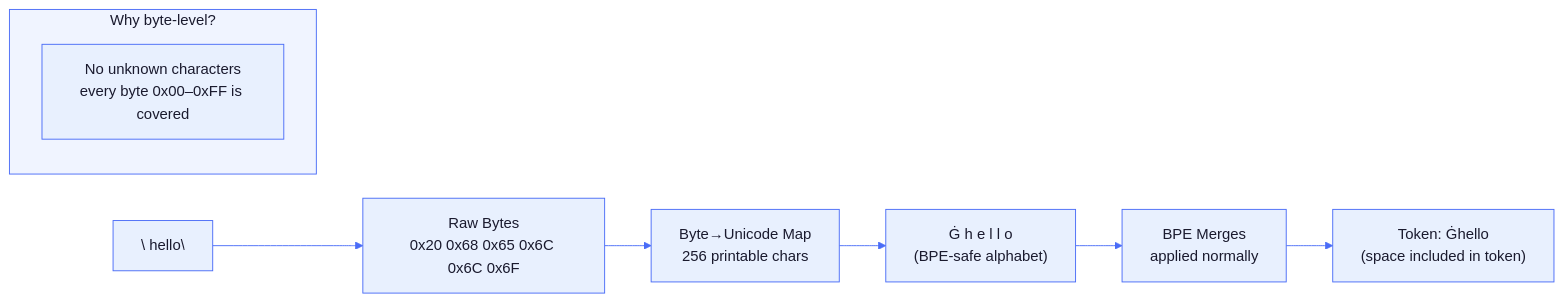
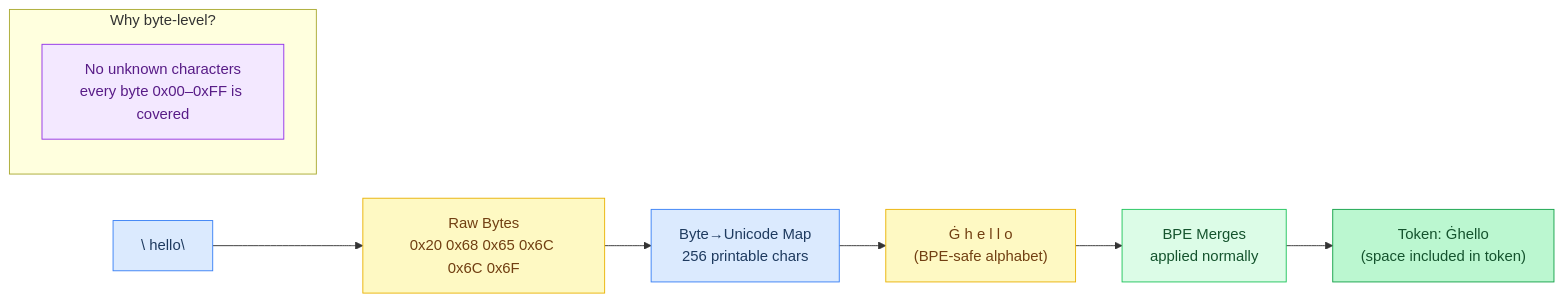
One commit to maci0/agave changed the fourth of 7 diagrams in docs/tutorial/01-tokens-and-text.md. Above: the diagram before and after it, drawn with Mermaid. The commit also changed other lines of this file and 24 other files, not shown here.

First line of the commit message:
docs: convert all mermaid diagrams to classDef semantic colors

````diff
--- a/docs/tutorial/01-tokens-and-text.md
+++ b/docs/tutorial/01-tokens-and-text.md
@@ -175,26 +165,27 @@
 ```mermaid
-%%{init: {'theme': 'base', 'themeVariables': {
-  'primaryColor': '#e8f0fe',
-  'primaryTextColor': '#1a1a2e',
-  'primaryBorderColor': '#4a6cf7',
-  'lineColor': '#4a6cf7',
-  'secondaryColor': '#f0f4ff',
-  'tertiaryColor': '#f8f9ff',
-  'edgeLabelBackground': '#ffffff',
-  'clusterBkg': '#f0f4ff',
-  'clusterBorder': '#4a6cf7',
-  'titleColor': '#1a1a2e',
-  'nodeTextColor': '#1a1a2e',
-  'fontFamily': 'ui-monospace, SFMono-Regular, monospace'
-}}}%%
 flowchart LR
-    Text["\" hello\""] --> Bytes["Raw Bytes\n0x20 0x68 0x65 0x6C 0x6C 0x6F"]
-    Bytes --> Map["Byte→Unicode Map\n256 printable chars"]
-    Map --> Visible["Ġ h e l l o\n(BPE-safe alphabet)"]
-    Visible --> Merge["BPE Merges\napplied normally"]
-    Merge --> Token["Token: Ġhello\n(space included in token)"]
+    classDef setup     fill:#dbeafe,stroke:#3b82f6,color:#1e3a5f
+    classDef sync      fill:#dcfce7,stroke:#22c55e,color:#14532d
+    classDef migration fill:#fef9c3,stroke:#eab308,color:#713f12
+    classDef success   fill:#bbf7d0,stroke:#16a34a,color:#14532d
+    classDef danger    fill:#fee2e2,stroke:#ef4444,color:#7f1d1d
+    classDef optional  fill:#f3e8ff,stroke:#9333ea,color:#581c87
+
+    Text["\" hello\""]:::setup
+    Bytes["Raw Bytes\n0x20 0x68 0x65 0x6C 0x6C 0x6F"]:::migration
+    Map["Byte→Unicode Map\n256 printable chars"]:::setup
+    Visible["Ġ h e l l o\n(BPE-safe alphabet)"]:::migration
+    Merge["BPE Merges\napplied normally"]:::sync
+    Token["Token: Ġhello\n(space included in token)"]:::success
+    NeverUnk["No unknown characters\nevery byte 0x00–0xFF is covered"]:::optional
+
+    Text --> Bytes
+    Bytes --> Map
+    Map --> Visible
+    Visible --> Merge
+    Merge --> Token
 
     subgraph "Why byte-level?"
-        NeverUnk["No unknown characters\nevery byte 0x00–0xFF is covered"]
+        NeverUnk
     end
 ```
````
